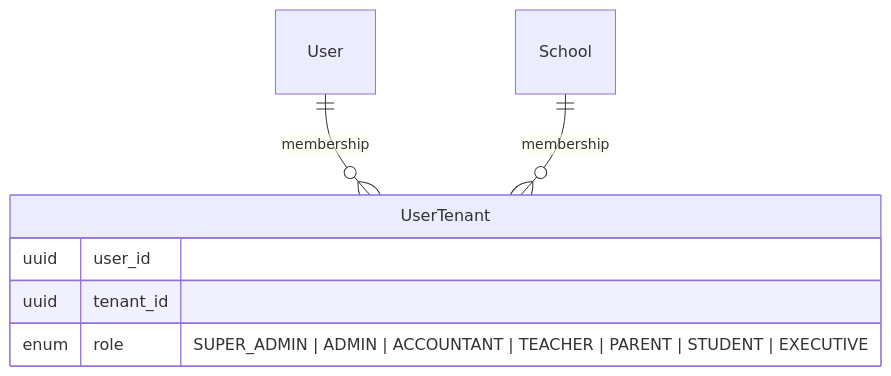
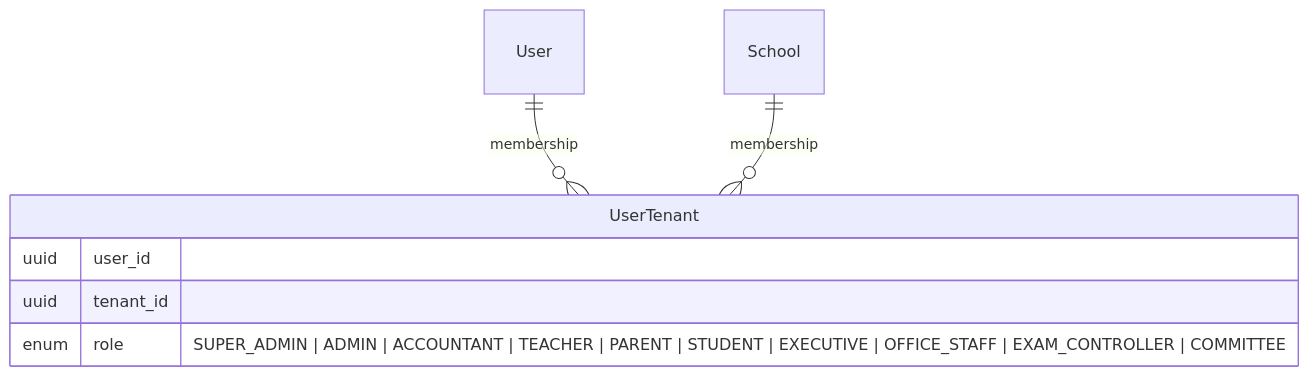
The first of 7 diagrams in docs/architecture/02-auth-and-multitenancy.md (tareq89/biddaloy), drawn with Mermaid before and after one commit. The commit also changed other lines of this file and 3 other files, not shown here.

````diff
--- a/docs/architecture/02-auth-and-multitenancy.md
+++ b/docs/architecture/02-auth-and-multitenancy.md
@@ -16,10 +16,10 @@
 ```mermaid
 erDiagram
     User ||--o{ UserTenant : "membership"
     School ||--o{ UserTenant : "membership"
     UserTenant {
         uuid user_id
         uuid tenant_id
-        enum role "SUPER_ADMIN | ADMIN | ACCOUNTANT | TEACHER | PARENT | STUDENT | EXECUTIVE"
+        enum role "SUPER_ADMIN | ADMIN | ACCOUNTANT | TEACHER | PARENT | STUDENT | EXECUTIVE | OFFICE_STAFF | EXAM_CONTROLLER | COMMITTEE"
     }
 ```
````
